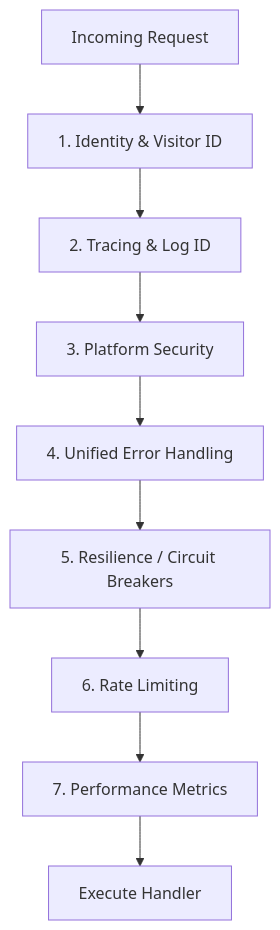
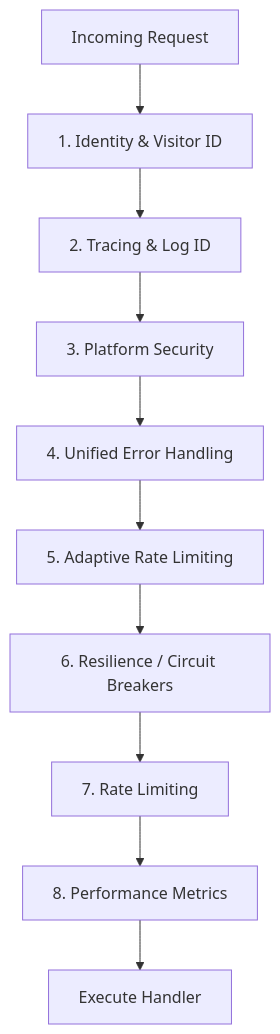
Before and after one commit to adiozdaniel/bongas-ai: the diagram in src/api/middleware/README.md, drawn with Mermaid. The commit also changed other lines of this file and 5 other files, not shown here.

````diff
--- a/src/api/middleware/README.md
+++ b/src/api/middleware/README.md
@@ -13,11 +13,12 @@
 ```mermaid
 graph TD
     Req[Incoming Request] --> ID[1. Identity & Visitor ID]
     ID --> Trace[2. Tracing & Log ID]
     Trace --> Auth[3. Platform Security]
     Auth --> Error[4. Unified Error Handling]
-    Error --> Res[5. Resilience / Circuit Breakers]
-    Res --> Rate[6. Rate Limiting]
-    Rate --> Metrics[7. Performance Metrics]
+    Error --> Limiter[5. Adaptive Rate Limiting]
+    Limiter --> Res[6. Resilience / Circuit Breakers]
+    Res --> Rate[7. Rate Limiting]
+    Rate --> Metrics[8. Performance Metrics]
     Metrics --> Final[Execute Handler]
 ```
````
